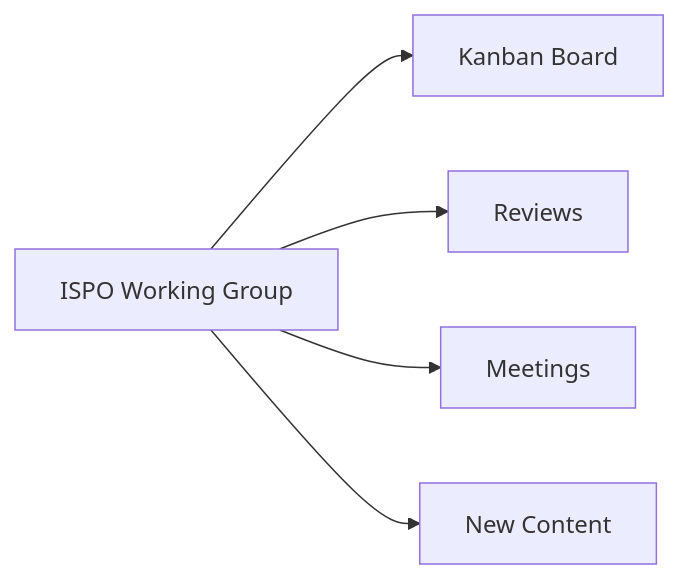
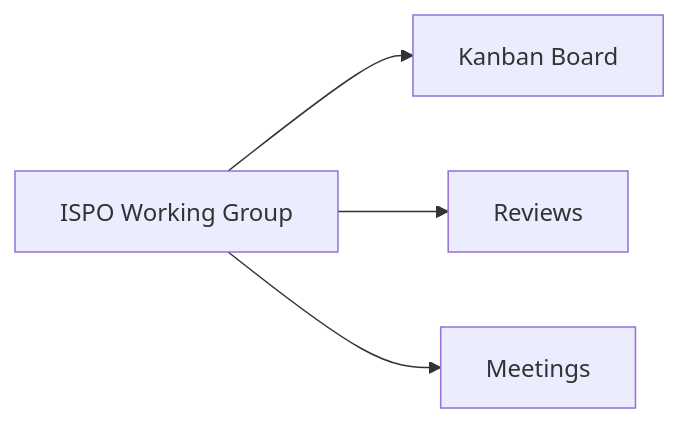
The diagram in CONTRIBUTING.md (InnerSourceCommons/ispo-working-group), drawn with Mermaid before and after one commit. The commit also changed other lines of this file, not shown here.

````diff
--- a/CONTRIBUTING.md
+++ b/CONTRIBUTING.md
@@ -11,7 +11,6 @@
 ```mermaid
 graph LR
     WG[ISPO Working Group] --> KB[Kanban Board]
     WG --> GD[Reviews]
     WG --> MU[Meetings]
-    WG --> IP[New Content]
 ```
````
